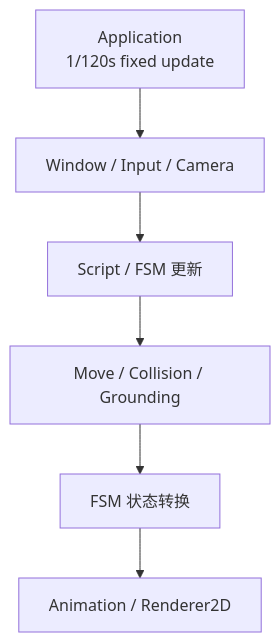
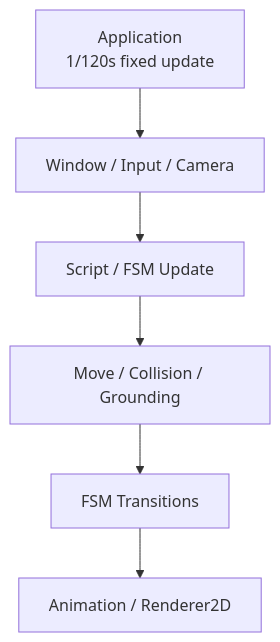
Before and after one commit to AAAiee/Rubber-2D-Game-Engine: the diagram in README.md, drawn with Mermaid. The commit also changed other lines of this file and 1 other file, not shown here.

````diff
--- a/README.md
+++ b/README.md
@@ -54,8 +54,8 @@
 ```mermaid
 flowchart TB
     Loop["Application<br/>1/120s fixed update"] --> Input["Window / Input / Camera"]
-    Input --> Logic["Script / FSM 更新"]
+    Input --> Logic["Script / FSM Update"]
     Logic --> Simulation["Move / Collision / Grounding"]
-    Simulation --> Transitions["FSM 状态转换"]
+    Simulation --> Transitions["FSM Transitions"]
     Transitions --> Output["Animation / Renderer2D"]
 ```
````
